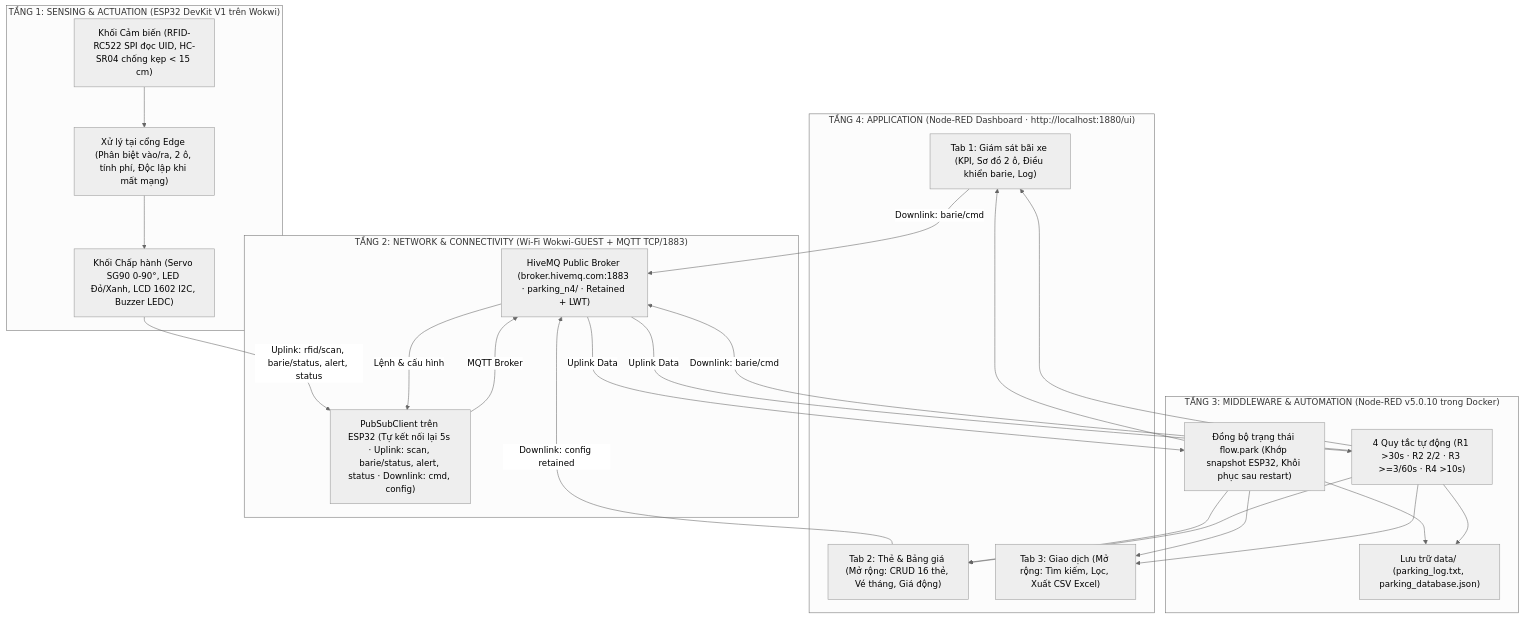
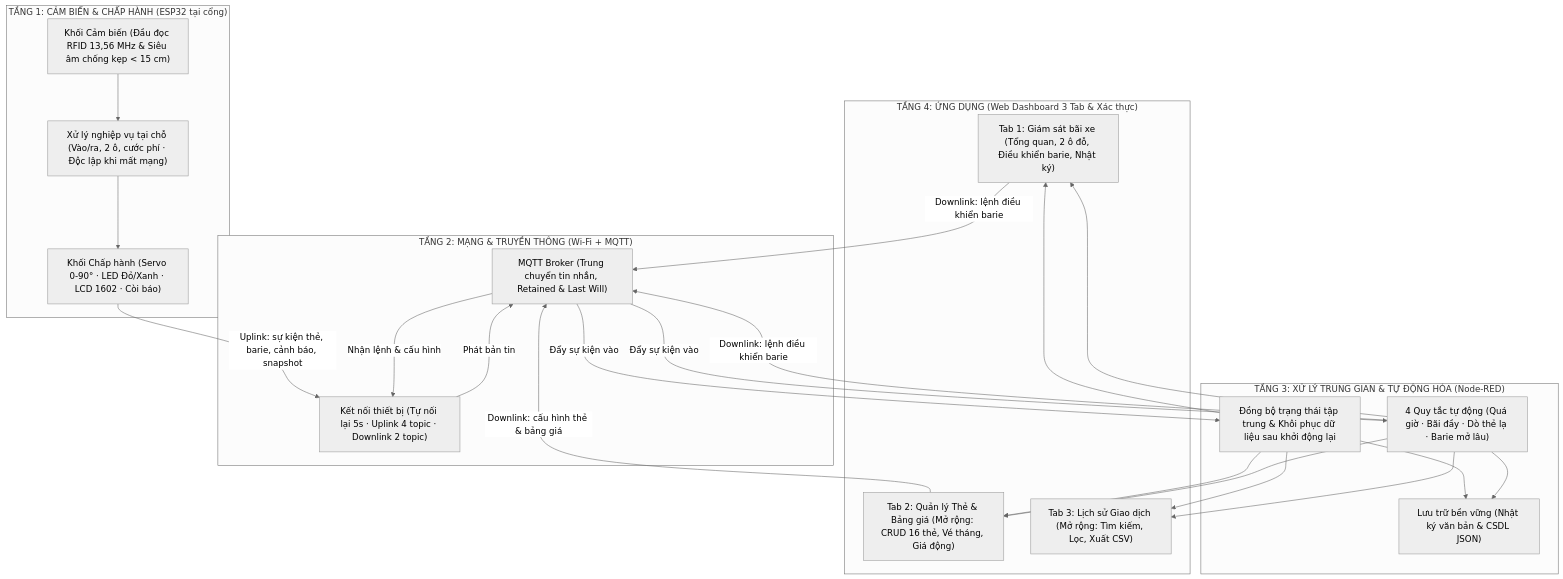
The second of 6 diagrams in docs/BAO_CAO_TIEU_LUAN_HOAN_CHINH.md (Tthoong129/IOT_Nhom4), drawn with Mermaid (neutral theme) before and after one commit. The commit also changed other lines of this file, not shown here.

````diff
--- a/docs/BAO_CAO_TIEU_LUAN_HOAN_CHINH.md
+++ b/docs/BAO_CAO_TIEU_LUAN_HOAN_CHINH.md
@@ -305,35 +311,35 @@
 ```mermaid
 flowchart TD
-    subgraph L4["TẦNG 4: APPLICATION (Node-RED Dashboard · http://localhost:1880/ui)"]
-        T1["Tab 1: Giám sát bãi xe (KPI, Sơ đồ 2 ô, Điều khiển barie, Log)"]
-        T2["Tab 2: Thẻ & Bảng giá (Mở rộng: CRUD 16 thẻ, Vé tháng, Giá động)"]
-        T3["Tab 3: Giao dịch (Mở rộng: Tìm kiếm, Lọc, Xuất CSV Excel)"]
+    subgraph L4["TẦNG 4: ỨNG DỤNG (Web Dashboard 3 Tab & Xác thực)"]
+        T1["Tab 1: Giám sát bãi xe (Tổng quan, 2 ô đỗ, Điều khiển barie, Nhật ký)"]
+        T2["Tab 2: Quản lý Thẻ & Bảng giá (Mở rộng: CRUD 16 thẻ, Vé tháng, Giá động)"]
+        T3["Tab 3: Lịch sử Giao dịch (Mở rộng: Tìm kiếm, Lọc, Xuất CSV)"]
     end
 
-    subgraph L3["TẦNG 3: MIDDLEWARE & AUTOMATION (Node-RED v5.0.10 trong Docker)"]
-        SYNC["Đồng bộ trạng thái flow.park (Khớp snapshot ESP32, Khôi phục sau restart)"]
-        RULES["4 Quy tắc tự động (R1 >30s · R2 2/2 · R3 >=3/60s · R4 >10s)"]
-        STORE["Lưu trữ data/ (parking_log.txt, parking_database.json)"]
+    subgraph L3["TẦNG 3: XỬ LÝ TRUNG GIAN & TỰ ĐỘNG HÓA (Node-RED)"]
+        SYNC["Đồng bộ trạng thái tập trung & Khôi phục dữ liệu sau khởi động lại"]
+        RULES["4 Quy tắc tự động (Quá giờ · Bãi đầy · Dò thẻ lạ · Barie mở lâu)"]
+        STORE["Lưu trữ bền vững (Nhật ký văn bản & CSDL JSON)"]
     end
 
-    subgraph L2["TẦNG 2: NETWORK & CONNECTIVITY (Wi-Fi Wokwi-GUEST + MQTT TCP/1883)"]
-        BROKER["HiveMQ Public Broker (broker.hivemq.com:1883 · parking_n4/ · Retained + LWT)"]
-        MQTT["PubSubClient trên ESP32 (Tự kết nối lại 5s · Uplink: scan, barie/status, alert, status · Downlink: cmd, config)"]
+    subgraph L2["TẦNG 2: MẠNG & TRUYỀN THÔNG (Wi-Fi + MQTT)"]
+        BROKER["MQTT Broker (Trung chuyển tin nhắn, Retained & Last Will)"]
+        NET["Kết nối thiết bị (Tự nối lại 5s · Uplink 4 topic · Downlink 2 topic)"]
     end
 
-    subgraph L1["TẦNG 1: SENSING & ACTUATION (ESP32 DevKit V1 trên Wokwi)"]
-        SENS["Khối Cảm biến (RFID-RC522 SPI đọc UID, HC-SR04 chống kẹp < 15 cm)"]
-        EDGE["Xử lý tại cổng Edge (Phân biệt vào/ra, 2 ô, tính phí, Độc lập khi mất mạng)"]
-        ACT["Khối Chấp hành (Servo SG90 0-90°, LED Đỏ/Xanh, LCD 1602 I2C, Buzzer LEDC)"]
+    subgraph L1["TẦNG 1: CẢM BIẾN & CHẤP HÀNH (ESP32 tại cổng)"]
+        SENS["Khối Cảm biến (Đầu đọc RFID 13,56 MHz & Siêu âm chống kẹp < 15 cm)"]
+        EDGE["Xử lý nghiệp vụ tại chỗ (Vào/ra, 2 ô, cước phí · Độc lập khi mất mạng)"]
+        ACT["Khối Chấp hành (Servo 0-90° · LED Đỏ/Xanh · LCD 1602 · Còi báo)"]
     end
 
     SENS --> EDGE --> ACT
-    ACT -->|"Uplink: rfid/scan, barie/status, alert, status"| MQTT
-    MQTT -->|"MQTT Broker"| BROKER
-    BROKER -->|"Uplink Data"| SYNC & RULES
+    ACT -->|"Uplink: sự kiện thẻ, barie, cảnh báo, snapshot"| NET
+    NET -->|"Phát bản tin"| BROKER
+    BROKER -->|"Đẩy sự kiện vào"| SYNC & RULES
     SYNC & RULES --> STORE
     SYNC & RULES --> T1 & T2 & T3
-    T1 & RULES -->|"Downlink: barie/cmd"| BROKER
-    T2 -->|"Downlink: config retained"| BROKER
-    BROKER -->|"Lệnh & cấu hình"| MQTT
+    T1 & RULES -->|"Downlink: lệnh điều khiển barie"| BROKER
+    T2 -->|"Downlink: cấu hình thẻ & bảng giá"| BROKER
+    BROKER -->|"Nhận lệnh & cấu hình"| NET
 ```
````
